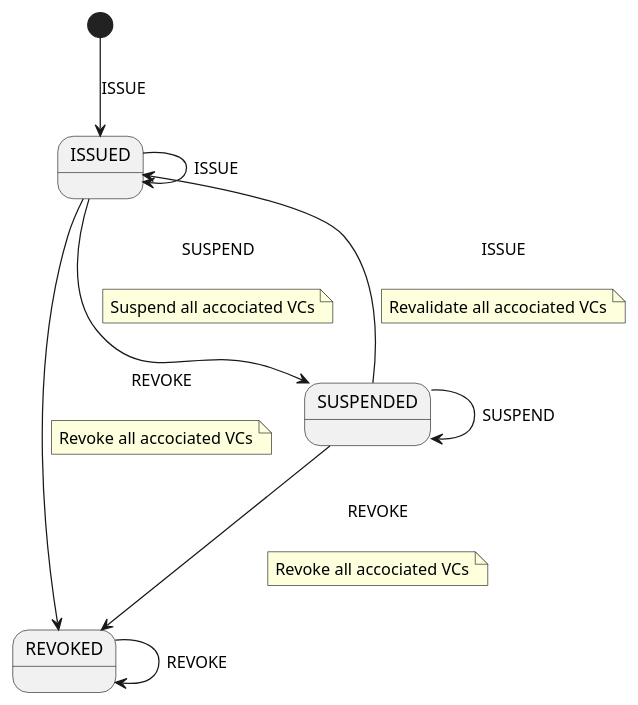
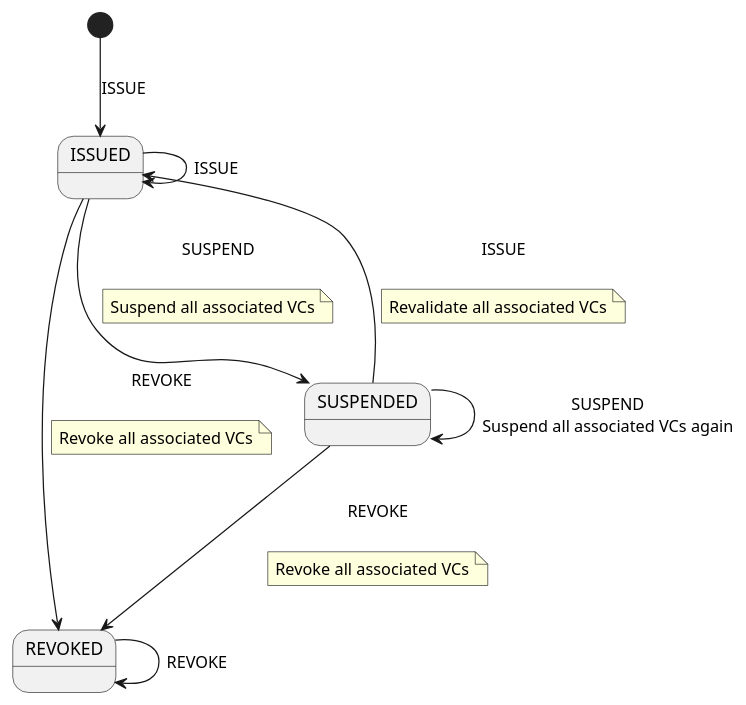
Before and after one commit to swiyu-admin-ch/swiyu-issuer: the diagram in issuer-service/src/main/resources/plantuml/credentialManagementStateMachine.puml, drawn with PlantUML. The commit also changed 12 other files, not shown here.

Commit message:
feature(EIDOMNI-1086): Allow suspended vcs to be renewed with flag

```diff
--- a/issuer-service/src/main/resources/plantuml/credentialManagementStateMachine.puml
+++ b/issuer-service/src/main/resources/plantuml/credentialManagementStateMachine.puml
@@ -1,29 +1,29 @@
 @startuml
 state ISSUED
 state REVOKED
 state SUSPENDED
 [*] --> ISSUED : ISSUE
 ISSUED --> SUSPENDED : SUSPEND\n
 note on link
-Suspend all accociated VCs
+Suspend all associated VCs
 end note
 
 ISSUED --> ISSUED : ISSUE
 SUSPENDED --> ISSUED : ISSUE\n
 note on link
-Revalidate all accociated VCs
+Revalidate all associated VCs
 end note
 
 ISSUED --> REVOKED : REVOKE\n
 note on link
-Revoke all accociated VCs
+Revoke all associated VCs
 end note
 
 SUSPENDED --> REVOKED : REVOKE\n
 note on link
-Revoke all accociated VCs
+Revoke all associated VCs
 end note
 
 REVOKED --> REVOKED : REVOKE
-SUSPENDED --> SUSPENDED : SUSPEND
+SUSPENDED --> SUSPENDED : SUSPEND\nSuspend all associated VCs again
 @enduml
```
